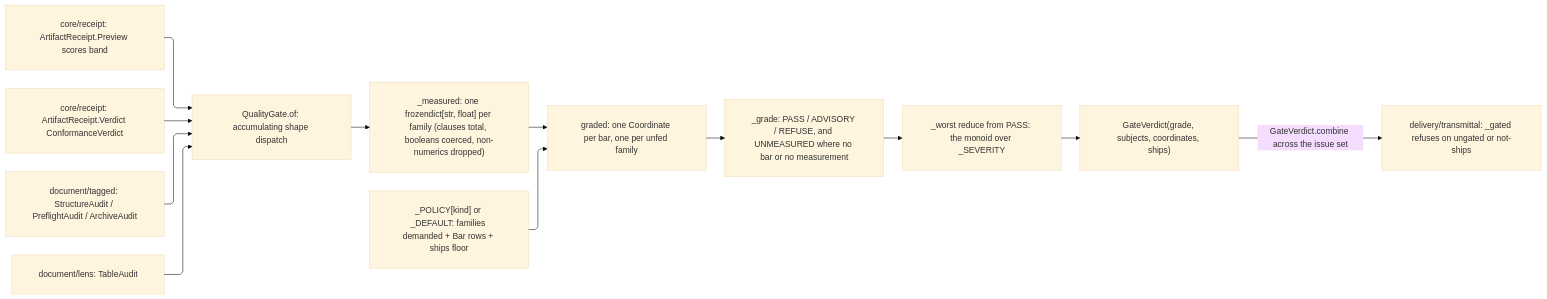
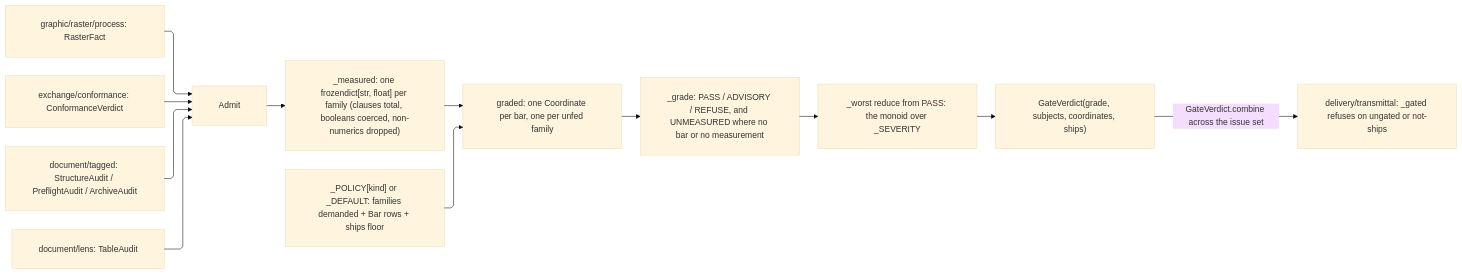
The diagram in libs/python/artifacts/.planning/delivery/gate.md (bsamiee/Rasm), drawn with Mermaid (base theme) before and after one commit. The commit also changed other lines of this file and 1417 other files, not shown here.

````diff
--- a/libs/python/artifacts/.planning/delivery/gate.md
+++ b/libs/python/artifacts/.planning/delivery/gate.md
@@ -409,23 +403,23 @@
 ```mermaid
 ---
 config:
   layout: elk
   flowchart:
     curve: linear
     padding: 25
 ---
 flowchart LR
     accTitle: Quality gate verdict fold
-    accDescr: Four producer verdict families normalizing into one measurement plane, graded against per-kind threshold rows into coordinates whose worst grade folds into one shippable verdict the transmittal admission reads.
-    Preview["core/receipt: ArtifactReceipt.Preview scores band"] --> Admit["QualityGate.of: accumulating shape dispatch"]
-    Verdict["core/receipt: ArtifactReceipt.Verdict ConformanceVerdict"] --> Admit
+    accDescr: Six evidence families normalizing into one measurement plane, graded against per-kind threshold rows into coordinates whose worst grade folds into one shippable verdict the transmittal admission reads.
+    Raster["graphic/raster/process: RasterFact"] --> Admit
+    Conformance["exchange/conformance: ConformanceVerdict"] --> Admit
     Tagged["document/tagged: StructureAudit / PreflightAudit / ArchiveAudit"] --> Admit
     Lens["document/lens: TableAudit"] --> Admit
     Admit --> Plane["_measured: one frozendict[str, float] per family (clauses total, booleans coerced, non-numerics dropped)"]
     Policy["_POLICY[kind] or _DEFAULT: families demanded + Bar rows + ships floor"] --> Fold
     Plane --> Fold["graded: one Coordinate per bar, one per unfed family"]
     Fold --> Grades["_grade: PASS / ADVISORY / REFUSE, and UNMEASURED where no bar or no measurement"]
     Grades --> Worst["_worst reduce from PASS: the monoid over _SEVERITY"]
     Worst --> Out["GateVerdict(grade, subjects, coordinates, ships)"]
     Out -->|"GateVerdict.combine across the issue set"| Ship["delivery/transmittal: _gated refuses on ungated or not-ships"]
 ```
````
